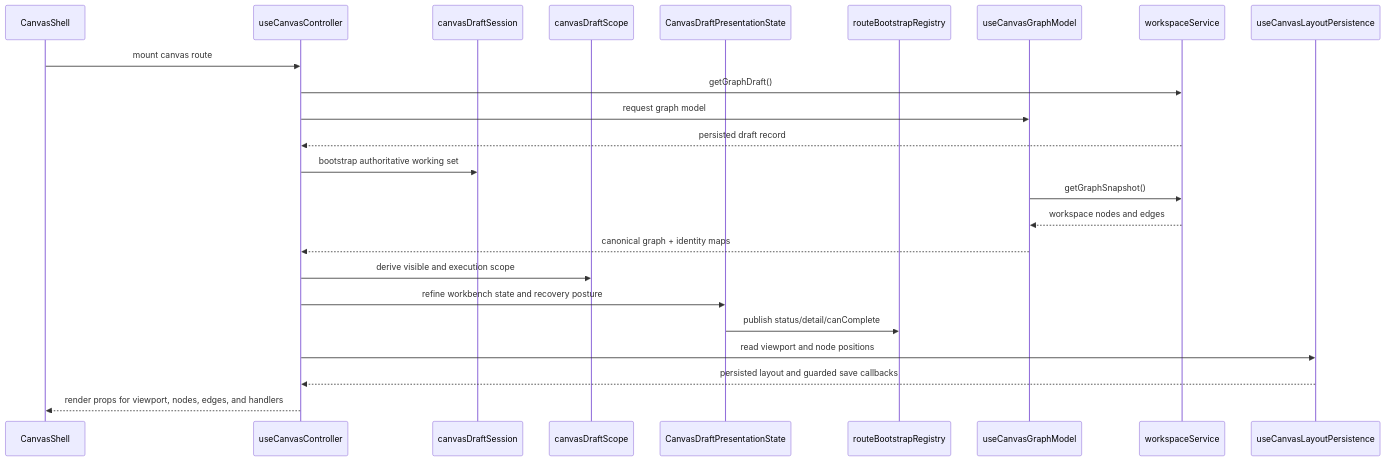
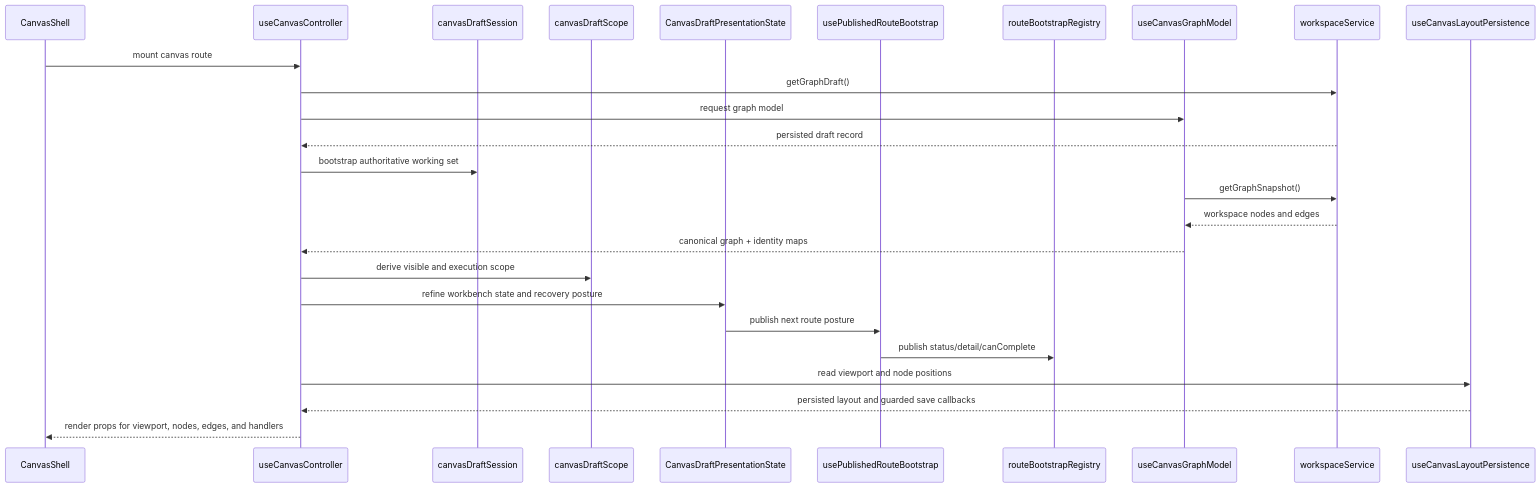
Before and after one commit to dunay2/dvt: the fifth of 8 diagrams in docs/architecture/components/web/graph/canvas-controller-current-to-target-architecture.md, drawn with Mermaid. The commit also changed other lines of this file and 14 other files, not shown here.

Commit message:
refactor(web): Harden route bootstrap detection and align graph docs

````diff
--- a/docs/architecture/components/web/graph/canvas-controller-current-to-target-architecture.md
+++ b/docs/architecture/components/web/graph/canvas-controller-current-to-target-architecture.md
@@ -383,27 +397,29 @@
 ```mermaid
 sequenceDiagram
   participant Shell as CanvasShell
   participant Controller as useCanvasController
   participant DraftSession as canvasDraftSession
   participant DraftScope as canvasDraftScope
   participant Presentation as CanvasDraftPresentationState
+  participant Publisher as usePublishedRouteBootstrap
   participant RouteBootstrap as routeBootstrapRegistry
   participant GraphModel as useCanvasGraphModel
   participant Workspace as workspaceService
   participant Persistence as useCanvasLayoutPersistence
 
   Shell->>Controller: mount canvas route
   Controller->>Workspace: getGraphDraft()
   Controller->>GraphModel: request graph model
   Workspace-->>Controller: persisted draft record
   Controller->>DraftSession: bootstrap authoritative working set
   GraphModel->>Workspace: getGraphSnapshot()
   Workspace-->>GraphModel: workspace nodes and edges
   GraphModel-->>Controller: canonical graph + identity maps
   Controller->>DraftScope: derive visible and execution scope
   Controller->>Presentation: refine workbench state and recovery posture
-  Presentation->>RouteBootstrap: publish status/detail/canComplete
+  Presentation->>Publisher: publish next route posture
+  Publisher->>RouteBootstrap: publish status/detail/canComplete
   Controller->>Persistence: read viewport and node positions
   Persistence-->>Controller: persisted layout and guarded save callbacks
   Controller-->>Shell: render props for viewport, nodes, edges, and handlers
 ```
````
